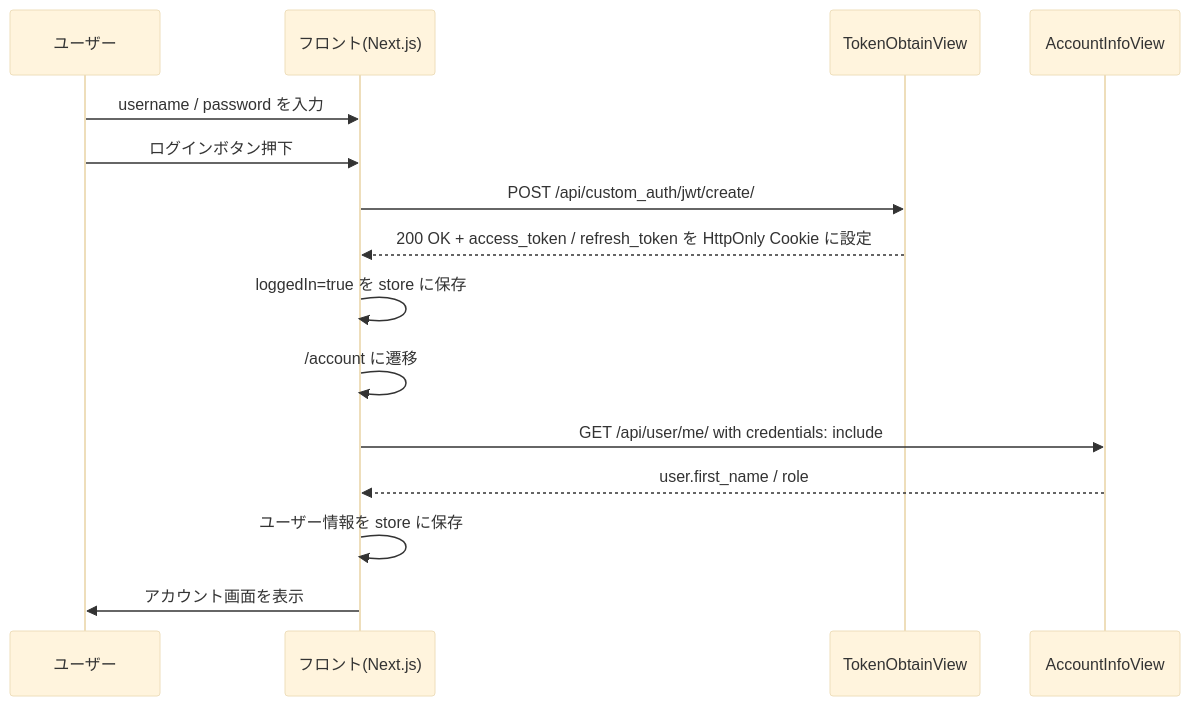
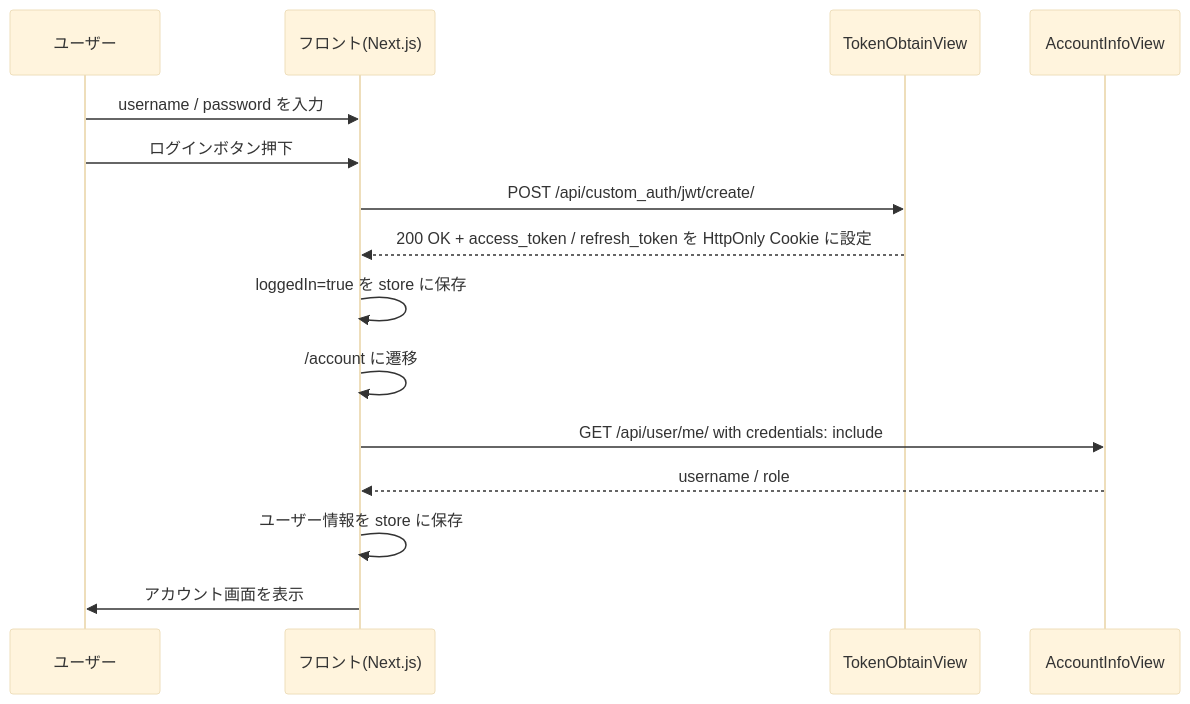
The first of 2 diagrams in docs/login/sequence.md (Saaka-y/korup), drawn with Mermaid (base theme) before and after one commit. The commit also changed 11 other files, not shown here.

````diff
--- a/docs/login/sequence.md
+++ b/docs/login/sequence.md
@@ -1,18 +1,18 @@
 ```mermaid
 sequenceDiagram
     participant User as ユーザー
     participant Front as フロント(Next.js)
     participant Auth as TokenObtainView
     participant Account as AccountInfoView
 
     User->>Front: username / password を入力
     User->>Front: ログインボタン押下
     Front->>Auth: POST /api/custom_auth/jwt/create/
     Auth-->>Front: 200 OK + access_token / refresh_token を HttpOnly Cookie に設定
     Front->>Front: loggedIn=true を store に保存
     Front->>Front: /account に遷移
     Front->>Account: GET /api/user/me/ with credentials: include
-    Account-->>Front: user.first_name / role
+    Account-->>Front: username / role
     Front->>Front: ユーザー情報を store に保存
     Front->>User: アカウント画面を表示
 ```
````
